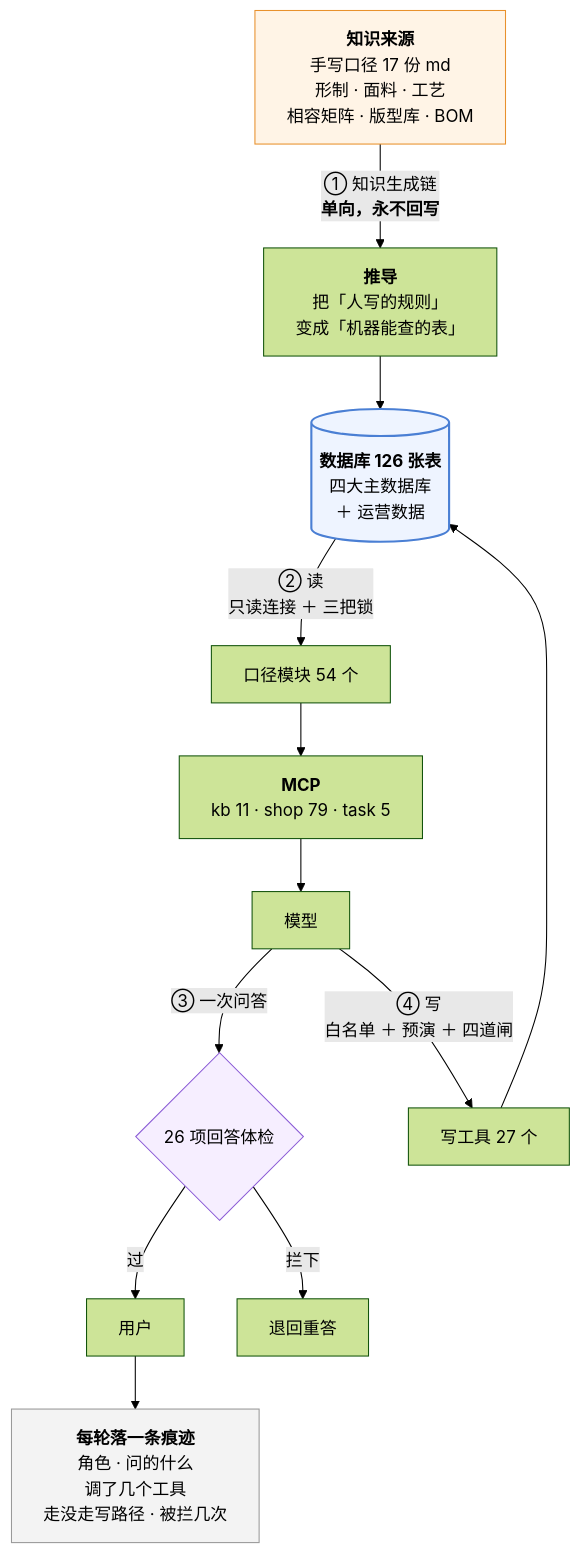
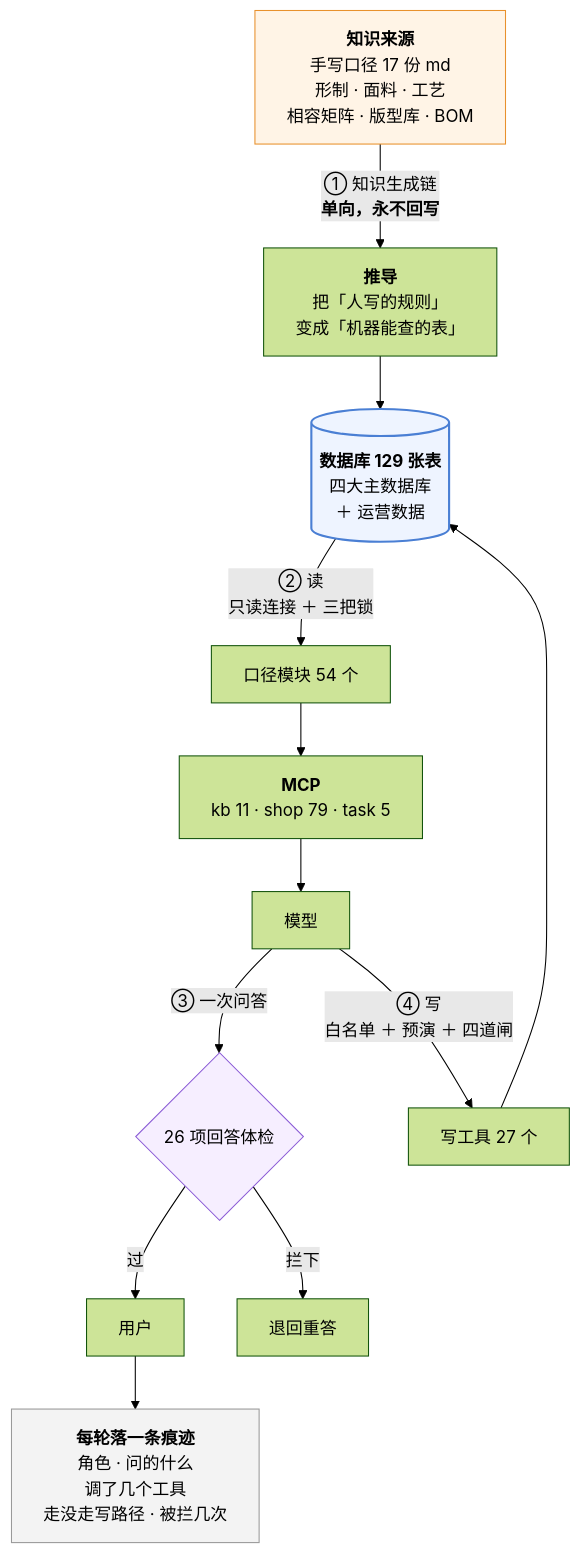
Before and after one commit to 843773296-rgb/lanxiu-yunshang-agent: the third of 3 diagrams in 澜绣云裳agent-产品说明.md, drawn with Mermaid (forest theme). The commit also changed other lines of this file and 7 other files, not shown here.

Commit message:
表数 126 → 129(知识问题三张表已建)、自有技能 7 → 8(经营报告);README / 待办清单 / 安全边界审计重生成;CLAUDE.md 目录地图里「一个 quote Skill」改成指向 skills_own

````diff
--- a/澜绣云裳agent-产品说明.md
+++ b/澜绣云裳agent-产品说明.md
@@ -1004,24 +1004,24 @@
 ```mermaid
 flowchart TD
     MD["<b>知识来源</b><br/>手写口径 17 份 md<br/>形制 · 面料 · 工艺<br/>相容矩阵 · 版型库 · BOM"]
     MD -->|"① 知识生成链<br/><b>单向，永不回写</b>"| DV["<b>推导</b><br/>把「人写的规则」<br/>变成「机器能查的表」"]
-    DV --> DB[("<b>数据库 126 张表</b><br/>四大主数据库<br/>＋ 运营数据")]
+    DV --> DB[("<b>数据库 129 张表</b><br/>四大主数据库<br/>＋ 运营数据")]
 
     DB -->|"② 读<br/>只读连接 ＋ 三把锁"| KJ["口径模块 54 个"]
     KJ --> MCP["<b>MCP</b><br/>kb 11 · shop 79 · task 5"]
     MCP --> LLM["模型"]
 
     LLM -->|"③ 一次问答"| GD{"26 项回答体检"}
     GD -- 过 --> U["用户"]
     GD -- 拦下 --> RE["退回重答"]
 
     LLM -->|"④ 写<br/>白名单 ＋ 预演 ＋ 四道闸"| W["写工具 27 个"]
     W --> DB
 
     U --> TR["<b>每轮落一条痕迹</b><br/>角色 · 问的什么<br/>调了几个工具<br/>走没走写路径 · 被拦几次"]
 
     style MD fill:#fff4e6,stroke:#e8912d
     style DB fill:#eef4ff,stroke:#4a7fd4,stroke-width:2px
     style GD fill:#f6eeff,stroke:#8b5cd6
     style TR fill:#f3f3f3,stroke:#999
 ```
````
